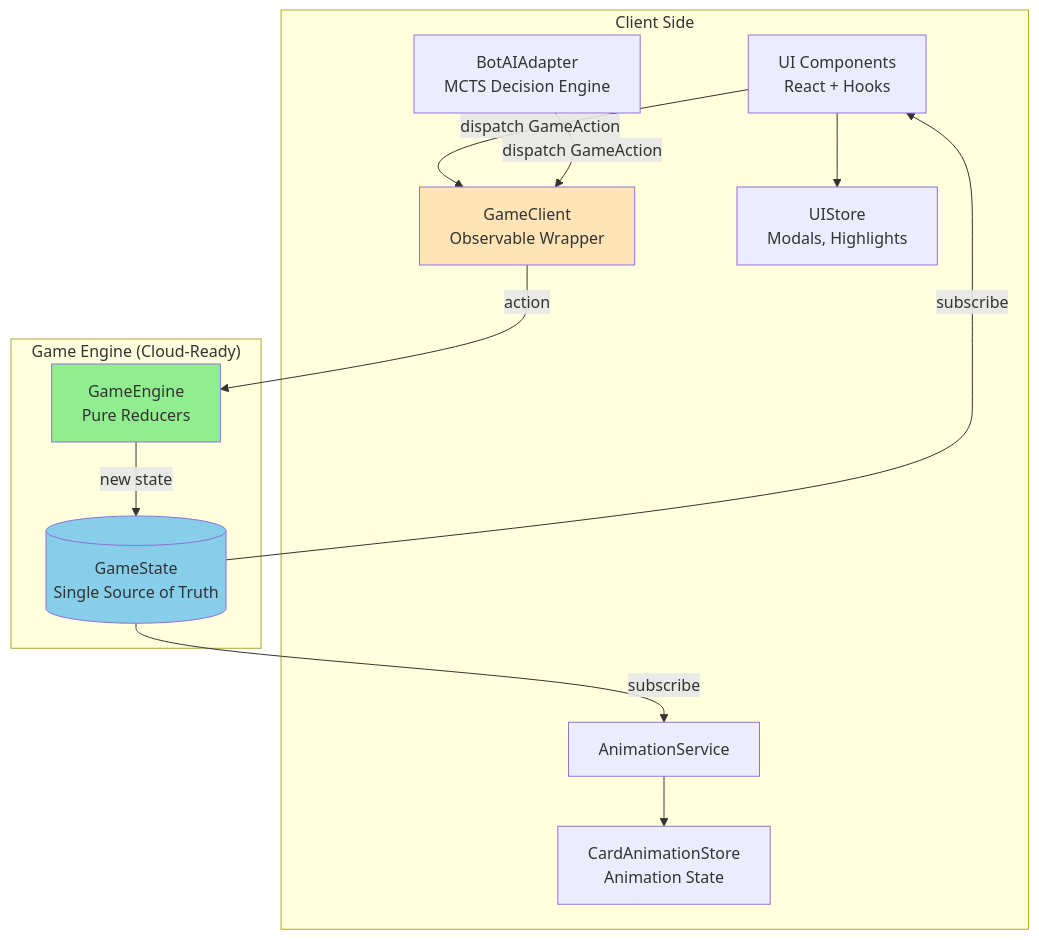
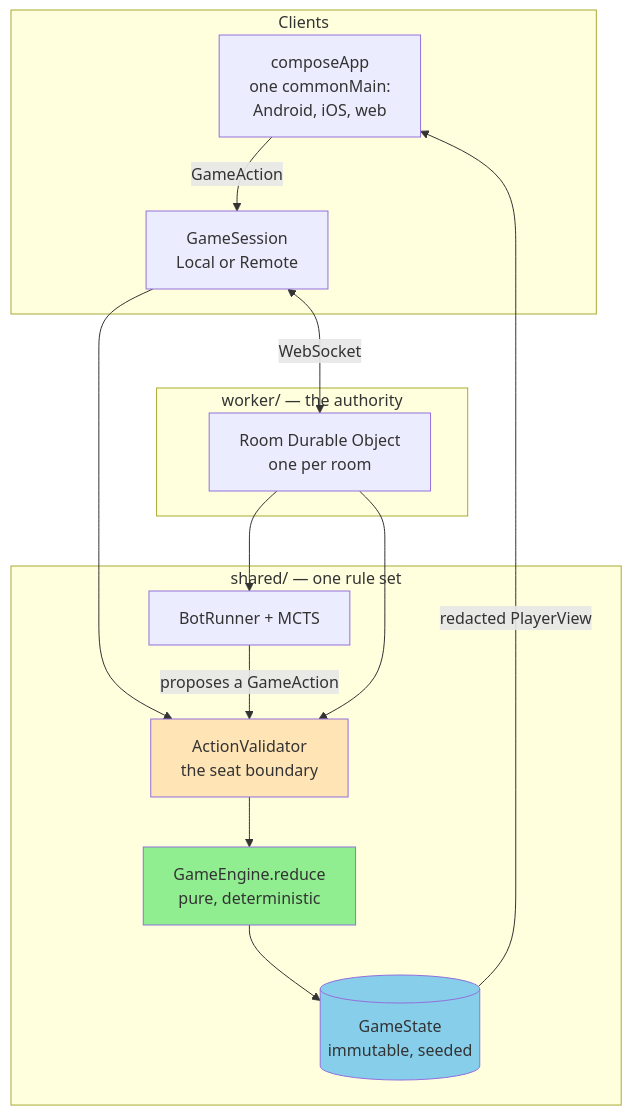
The first of 3 diagrams in README.md (Lonli-Lokli/vinto), drawn with Mermaid before and after one commit. The commit also changed other lines of this file and 952 other files, not shown here.

````diff
--- a/README.md
+++ b/README.md
@@ -63,29 +66,32 @@
 ```mermaid
 graph TB
-    subgraph "Client Side"
-        UI[UI Components<br/>React + Hooks]
-        GC[GameClient<br/>Observable Wrapper]
-        BotAI[BotAIAdapter<br/>MCTS Decision Engine]
-        Anim[AnimationService]
-        UIStore[UIStore<br/>Modals, Highlights]
-        AnimStore[CardAnimationStore<br/>Animation State]
+    subgraph Clients
+        UI[composeApp<br/>one commonMain:<br/>Android, iOS, web]
+        Session[GameSession<br/>Local or Remote]
     end
 
-    subgraph "Game Engine (Cloud-Ready)"
-        GE[GameEngine<br/>Pure Reducers]
-        GS[(GameState<br/>Single Source of Truth)]
+    subgraph Shared["shared/ — one rule set"]
+        AV[ActionValidator<br/>the seat boundary]
+        GE[GameEngine.reduce<br/>pure, deterministic]
+        GS[(GameState<br/>immutable, seeded)]
+        Bot[BotRunner + MCTS]
     end
 
-    UI -->|dispatch GameAction| GC
-    BotAI -->|dispatch GameAction| GC
-    GC -->|action| GE
-    GE -->|new state| GS
-    GS -->|subscribe| UI
-    GS -->|subscribe| Anim
-    Anim --> AnimStore
-    UI --> UIStore
+    subgraph Server["worker/ — the authority"]
+        Room[Room Durable Object<br/>one per room]
+    end
+
+    UI -->|GameAction| Session
+    Session --> AV
+    AV --> GE
+    GE --> GS
+    GS -->|redacted PlayerView| UI
+    Bot -->|proposes a GameAction| AV
+    Session <-->|WebSocket| Room
+    Room --> AV
+    Room --> Bot
 
     style GE fill:#90EE90
     style GS fill:#87CEEB
-    style GC fill:#FFE4B5
+    style AV fill:#FFE4B5
 ```
````
